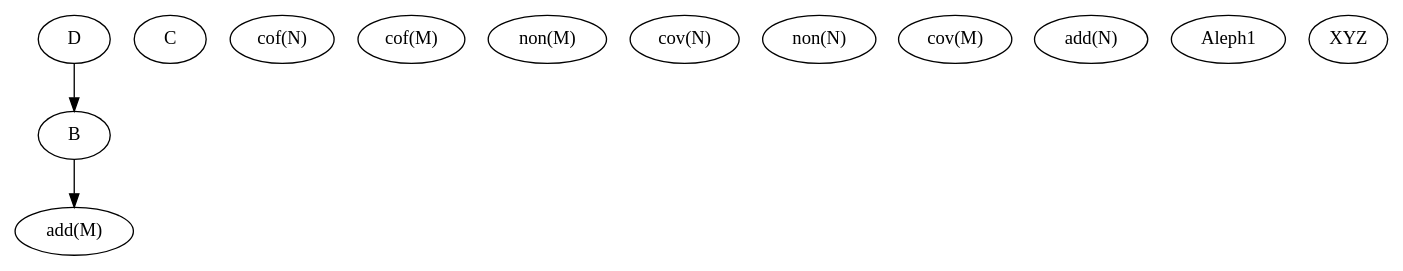
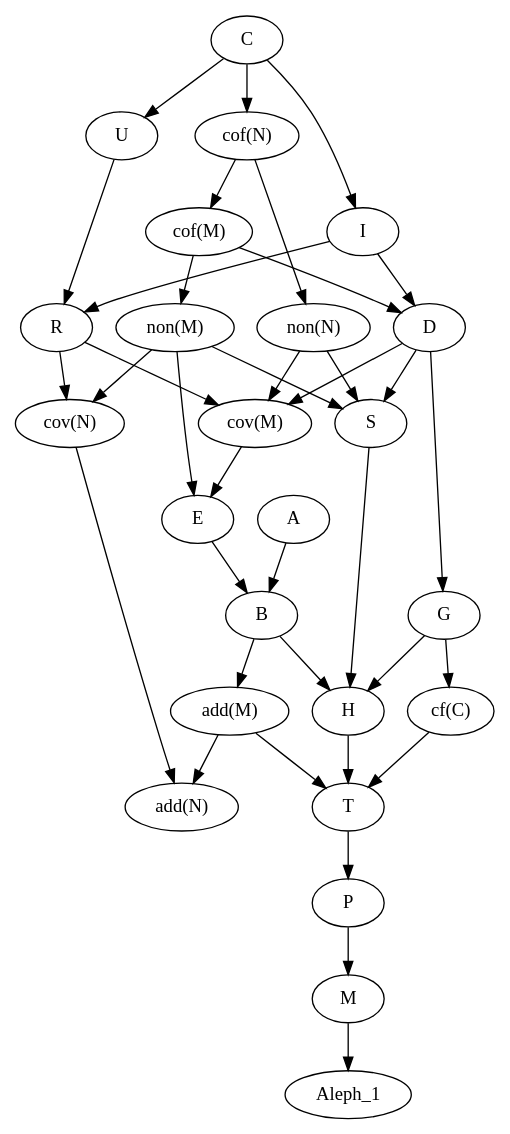
One commit to calliope1/CCview changed the diagram in CCview/output/relations.dot. Above: the diagram before and after it, drawn with Graphviz. The commit also changed 10 other files, not shown here.

Commit message:
Fix graph logic and make adding theorems by command line easier. Added all theorems from Blass for testing.

```diff
--- a/CCview/output/relations.dot
+++ b/CCview/output/relations.dot
@@ -1,17 +1,62 @@
 digraph G {
-0 [label="B"];
-1 [label="D"];
-2 [label="C"];
-3 [label="cof(N)"];
-4 [label="cof(M)"];
-5 [label="non(M)"];
-6 [label="cov(N)"];
-7 [label="non(N)"];
-8 [label="cov(M)"];
-9 [label="add(M)"];
+0 [label="Aleph_1"];
+1 [label="C"];
+2 [label="B"];
+3 [label="D"];
+4 [label="S"];
+5 [label="R"];
+6 [label="add(M)"];
+7 [label="cov(M)"];
+8 [label="non(M)"];
+9 [label="cof(M)"];
 10 [label="add(N)"];
-11 [label="Aleph1"];
-12 [label="XYZ"];
-0 -> 9;
-1 -> 0;
+11 [label="cov(N)"];
+12 [label="non(N)"];
+13 [label="cof(N)"];
+14 [label="H"];
+15 [label="T"];
+16 [label="cf(C)"];
+17 [label="P"];
+18 [label="G"];
+19 [label="M"];
+20 [label="A"];
+21 [label="I"];
+22 [label="U"];
+23 [label="E"];
+1 -> 13;
+1 -> 21;
+1 -> 22;
+2 -> 6;
+2 -> 14;
+3 -> 4;
+3 -> 7;
+3 -> 18;
+4 -> 14;
+5 -> 7;
+5 -> 11;
+6 -> 10;
+6 -> 15;
+7 -> 23;
+8 -> 11;
+8 -> 4;
+8 -> 23;
+9 -> 8;
+9 -> 3;
+11 -> 10;
+12 -> 7;
+12 -> 4;
+13 -> 12;
+13 -> 9;
+14 -> 15;
+15 -> 17;
+16 -> 15;
+17 -> 19;
+18 -> 14;
+18 -> 16;
+19 -> 0;
+20 -> 2;
+21 -> 5;
+21 -> 3;
+22 -> 5;
+23 -> 2;
 }
```
